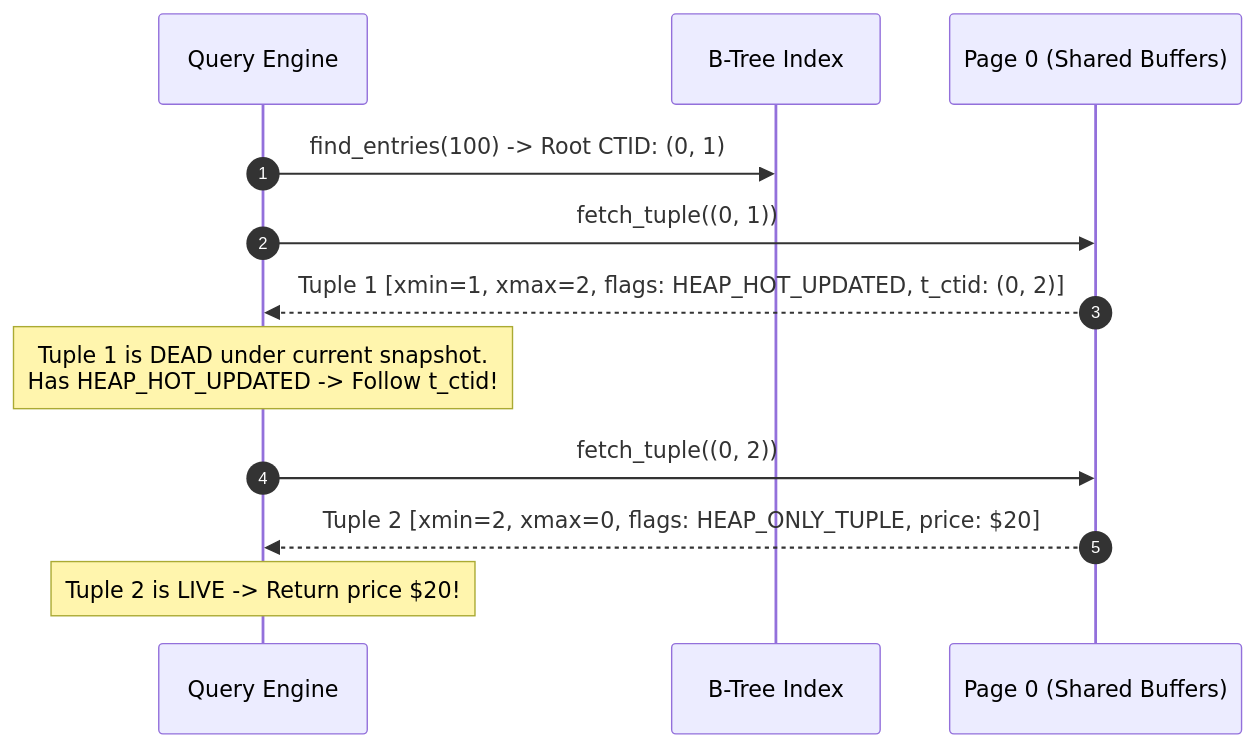
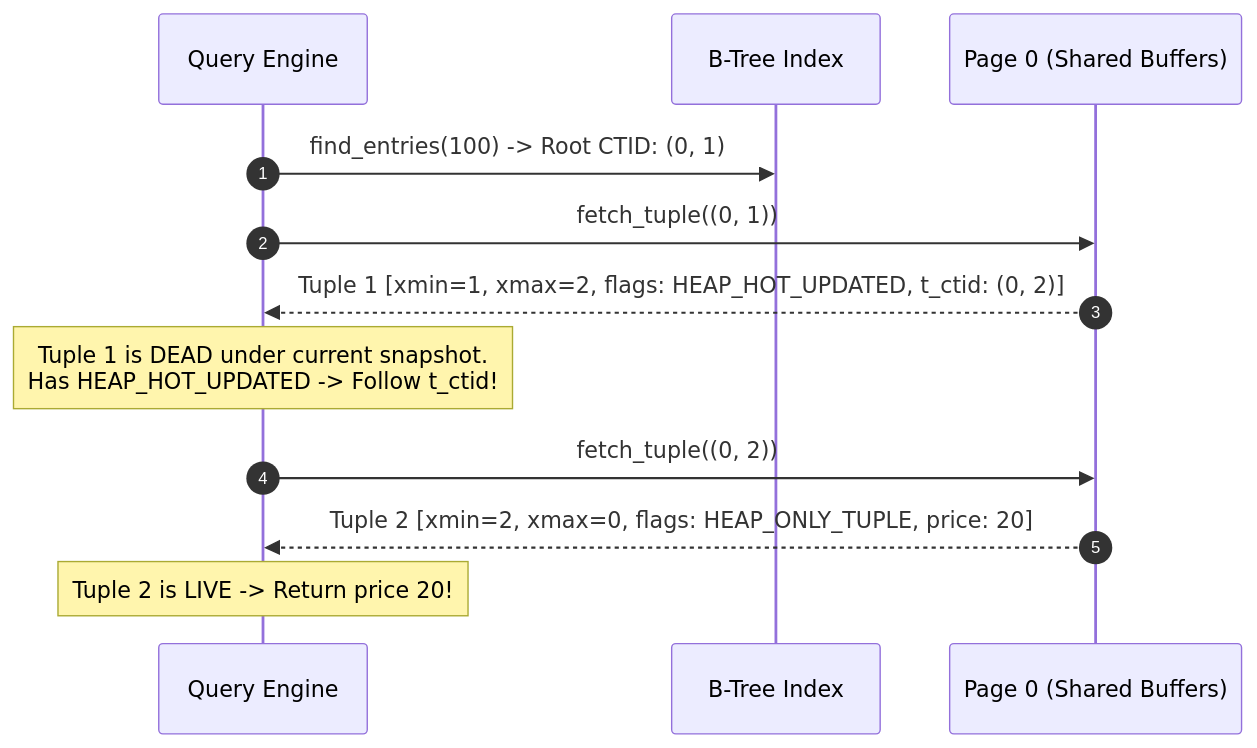
Before and after one commit to Nimastic/cpp-postgres: the second of 2 diagrams in notes/atlas/07-heap-only-tuples.md, drawn with Mermaid. The commit also changed other lines of this file and 16 other files, not shown here.

First line of the commit message:
fix(atlas): resolve all Mermaid diagram and LaTeX syntax parsing errors

````diff
--- a/notes/atlas/07-heap-only-tuples.md
+++ b/notes/atlas/07-heap-only-tuples.md
@@ -43,15 +43,15 @@
 ```mermaid
 sequenceDiagram
     autonumber
     participant Client as Query Engine
     participant BTree as B-Tree Index
     participant Page as Page 0 (Shared Buffers)
 
     Client->>BTree: find_entries(100) -> Root CTID: (0, 1)
     Client->>Page: fetch_tuple((0, 1))
     Page-->>Client: Tuple 1 [xmin=1, xmax=2, flags: HEAP_HOT_UPDATED, t_ctid: (0, 2)]
     Note over Client: Tuple 1 is DEAD under current snapshot.<br/>Has HEAP_HOT_UPDATED -> Follow t_ctid!
     Client->>Page: fetch_tuple((0, 2))
-    Page-->>Client: Tuple 2 [xmin=2, xmax=0, flags: HEAP_ONLY_TUPLE, price: $20]
-    Note over Client: Tuple 2 is LIVE -> Return price $20!
+    Page-->>Client: Tuple 2 [xmin=2, xmax=0, flags: HEAP_ONLY_TUPLE, price: 20]
+    Note over Client: Tuple 2 is LIVE -> Return price 20!
 ```
````
